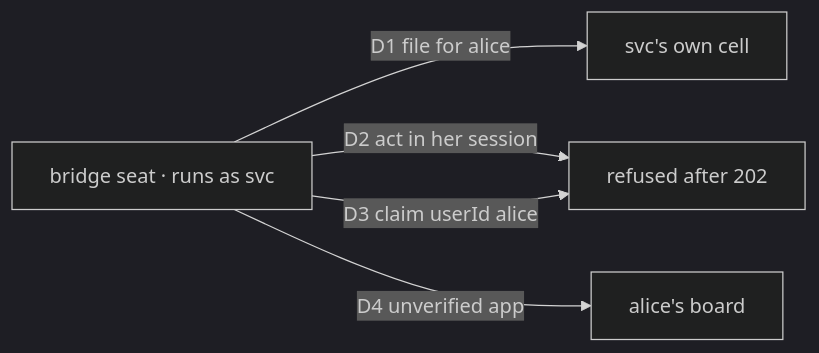
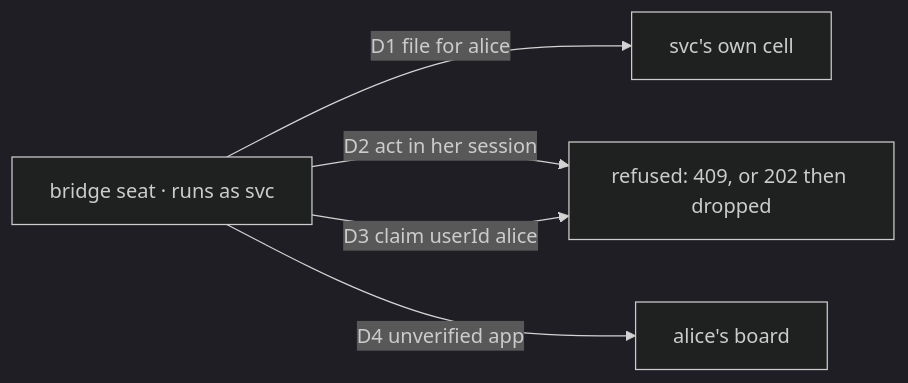
One commit to fixpoint-labs/flow-state-dev changed the diagram in specs/issues/FIX-1522/README.md. Above: the diagram before and after it, drawn with Mermaid (dark theme). The commit also changed other lines of this file and 5 other files, not shown here.

````diff
--- a/specs/issues/FIX-1522/README.md
+++ b/specs/issues/FIX-1522/README.md
@@ -68,7 +68,7 @@
 ```mermaid
 flowchart LR
   B["bridge seat · runs as svc"] -->|"D1 file for alice"| S["svc's own cell"]
-  B -->|"D2 act in her session"| F["refused after 202"]
+  B -->|"D2 act in her session"| F["refused: 409, or 202 then dropped"]
   B -->|"D3 claim userId alice"| F
   B -->|"D4 unverified app"| A["alice's board"]
 ```
````
